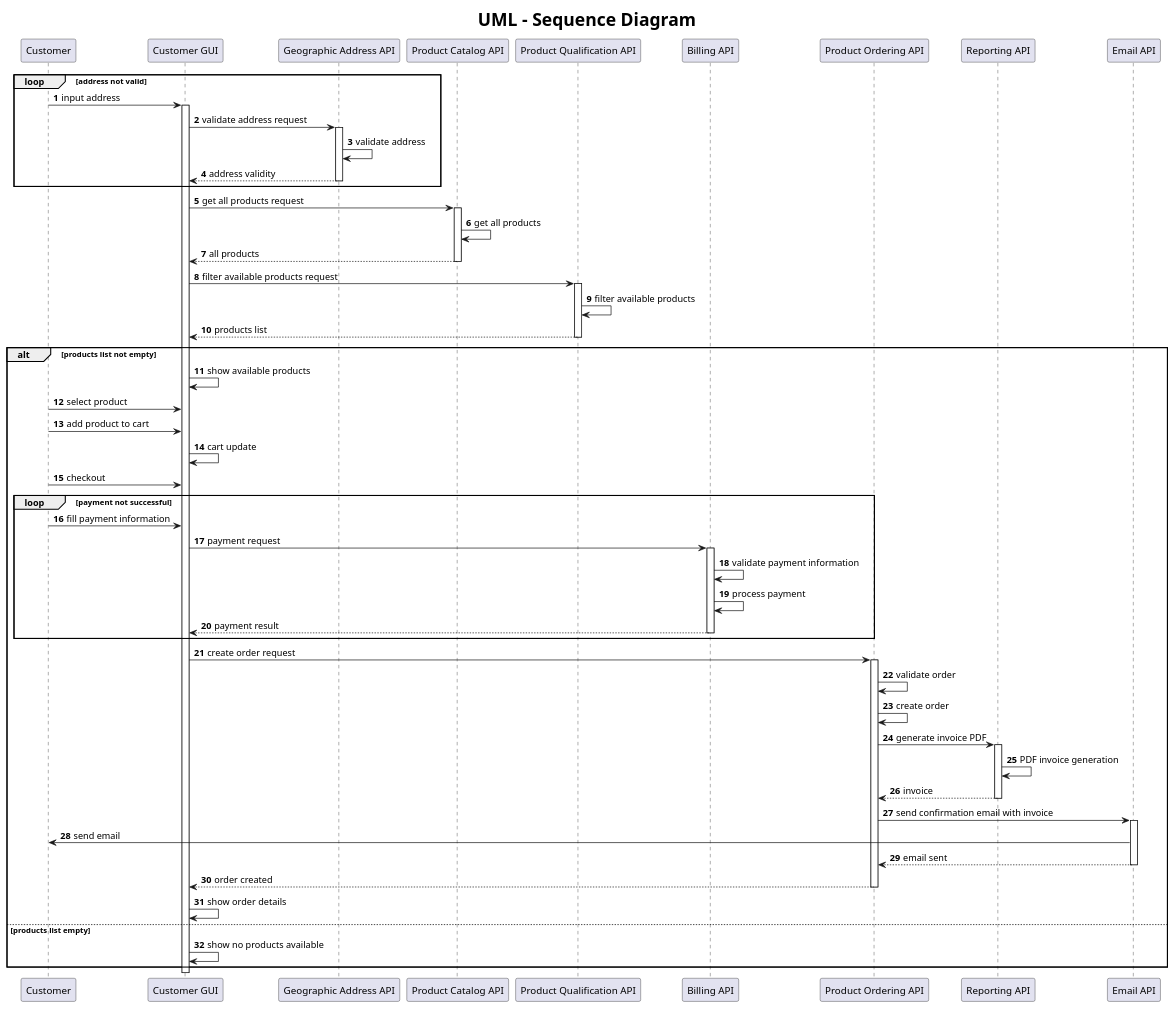
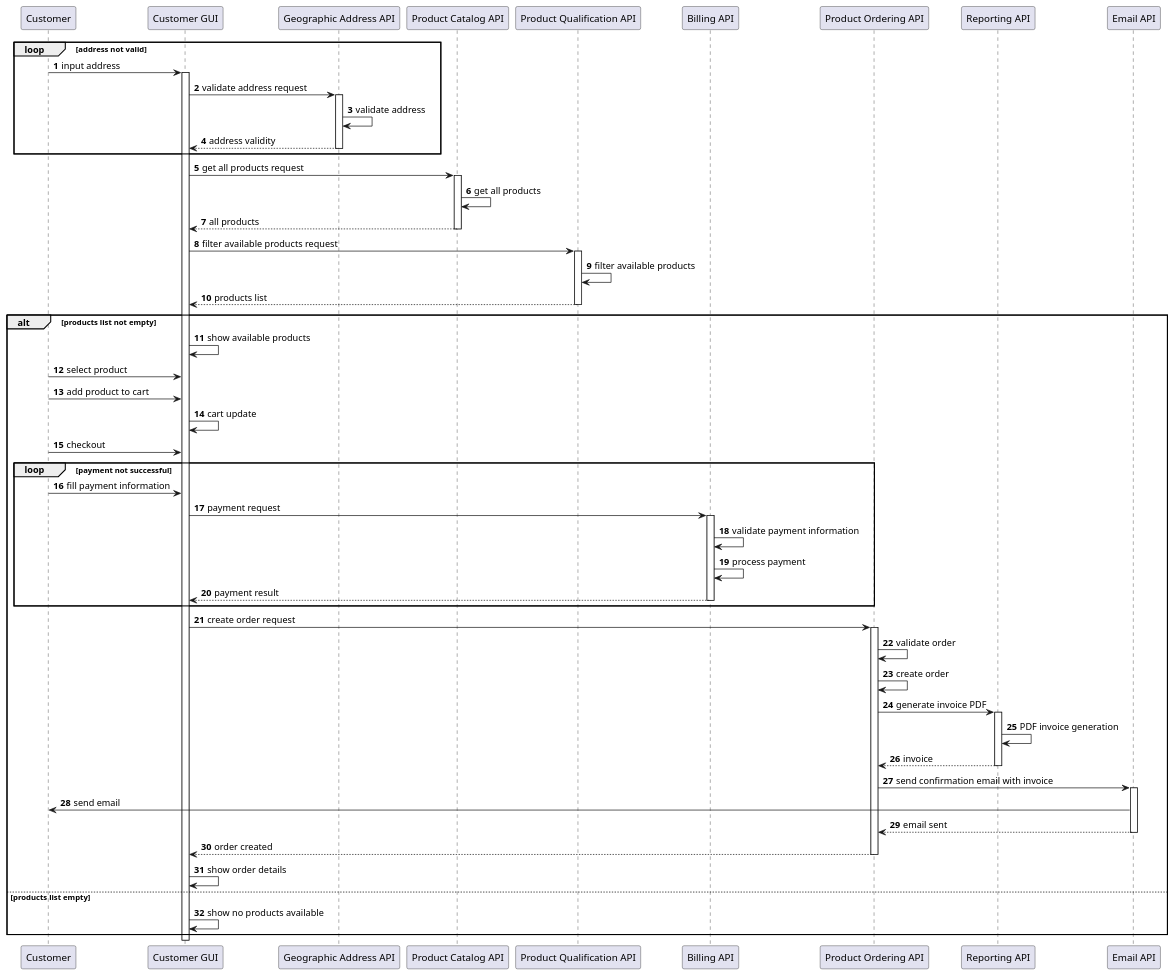
The diagram in uml/sequence/order-product-sequence.puml (ensarhamzic/diplomski-rad-softversko-inzenjerstvo), drawn with PlantUML before and after one commit. The commit also changed 9 other files, not shown here.

Commit message:
remove titles from diagrams

```diff
--- a/uml/sequence/order-product-sequence.puml
+++ b/uml/sequence/order-product-sequence.puml
@@ -1,54 +1,48 @@
 @startuml
-skinparam titleFontSize 25
-
-title
-UML - Sequence Diagram
-end title
-
 autonumber
 
 loop address not valid
 "Customer" -> "Customer GUI" ++: input address
 "Customer GUI" -> "Geographic Address API" ++: validate address request
 "Geographic Address API" -> "Geographic Address API": validate address
 "Geographic Address API" --> "Customer GUI" -- : address validity
 end
 
 "Customer GUI" -> "Product Catalog API" ++: get all products request
 "Product Catalog API" -> "Product Catalog API": get all products
 "Product Catalog API" --> "Customer GUI" --: all products
 
 "Customer GUI" -> "Product Qualification API" ++: filter available products request
 "Product Qualification API" -> "Product Qualification API": filter available products
 "Product Qualification API" --> "Customer GUI" --: products list
 alt products list not empty
 "Customer GUI" -> "Customer GUI": show available products
 
 "Customer" -> "Customer GUI": select product
 "Customer" -> "Customer GUI": add product to cart
 "Customer GUI" -> "Customer GUI": cart update
 "Customer" -> "Customer GUI": checkout
 loop payment not successful
 "Customer" -> "Customer GUI": fill payment information
 "Customer GUI" -> "Billing API" ++: payment request
 "Billing API" -> "Billing API": validate payment information
 "Billing API" -> "Billing API": process payment
 "Billing API" --> "Customer GUI" --: payment result
 end
 "Customer GUI" -> "Product Ordering API" ++: create order request
 "Product Ordering API" -> "Product Ordering API": validate order
 "Product Ordering API" -> "Product Ordering API": create order
 "Product Ordering API" -> "Reporting API" ++: generate invoice PDF
 "Reporting API" -> "Reporting API": PDF invoice generation
 "Reporting API" --> "Product Ordering API" --: invoice
 "Product Ordering API" -> "Email API" ++: send confirmation email with invoice
 "Email API" -> "Customer": send email
 "Email API" --> "Product Ordering API" --: email sent
 
 "Product Ordering API" --> "Customer GUI" --: order created
 "Customer GUI" -> "Customer GUI": show order details
 
 else products list empty
 "Customer GUI" -> "Customer GUI": show no products available
 end
 @enduml
```
